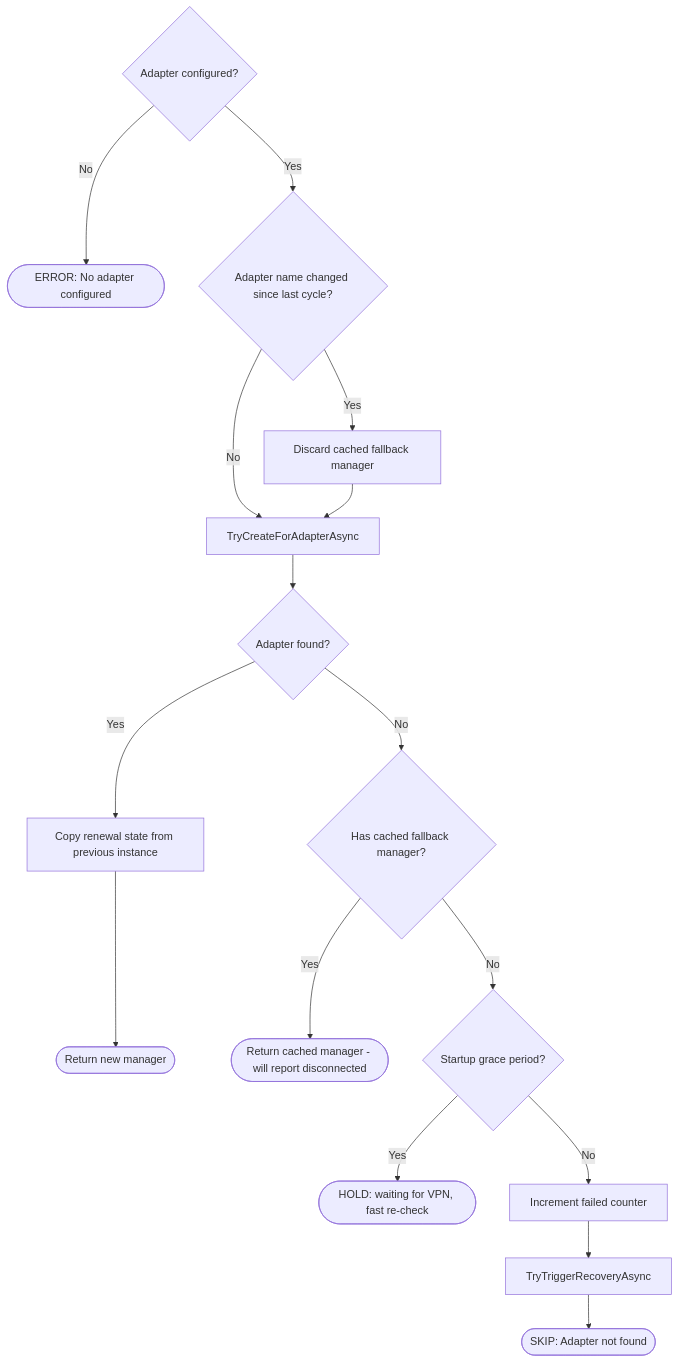
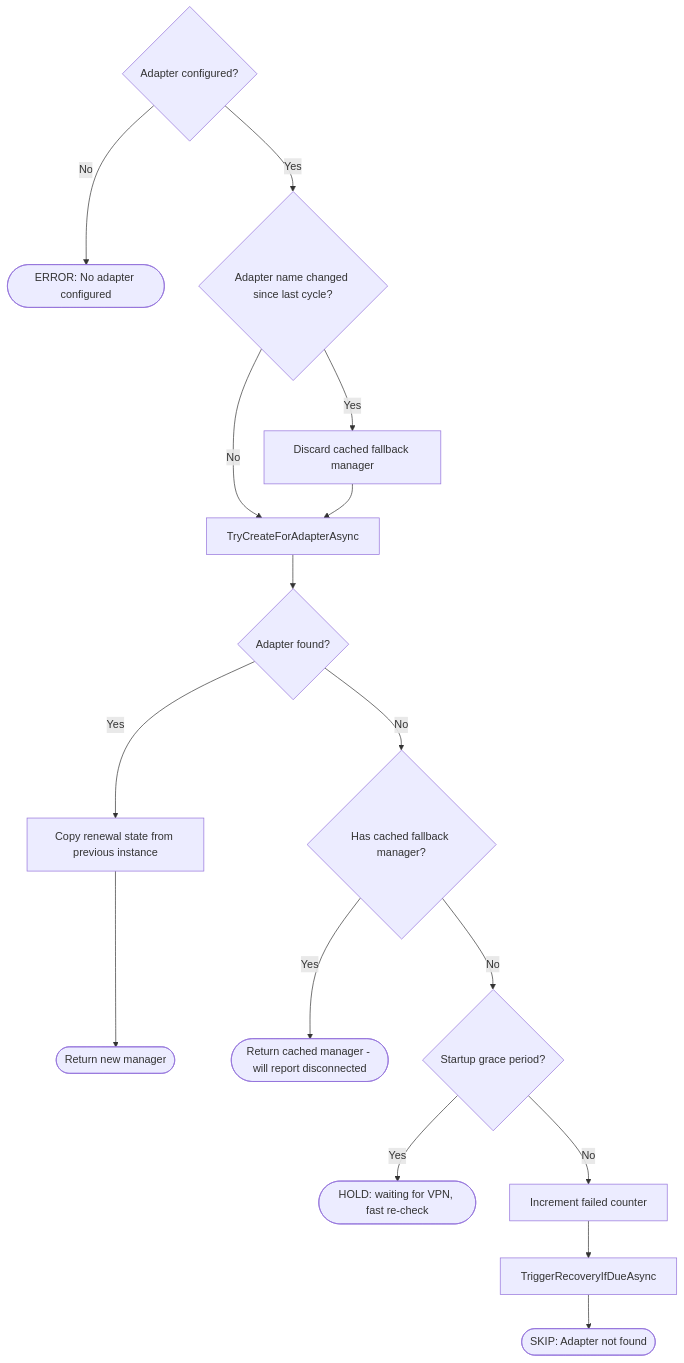
The second of 2 diagrams in docs/SYNC-CYCLE.md (martsg666/qbPortWeaver), drawn with Mermaid before and after one commit. The commit also changed other lines of this file and 9 other files, not shown here.

````diff
--- a/docs/SYNC-CYCLE.md
+++ b/docs/SYNC-CYCLE.md
@@ -90,18 +90,18 @@
 ```mermaid
 flowchart TD
     A{Adapter configured?} -- No --> ERR([ERROR: No adapter configured])
     A -- Yes --> B{Adapter name changed since last cycle?}
     B -- Yes --> DISCARD[Discard cached fallback manager]
     B -- No --> C
     DISCARD --> C[TryCreateForAdapterAsync]
     C --> D{Adapter found?}
     D -- Yes --> COPY[Copy renewal state from previous instance]
     COPY --> RETURN([Return new manager])
     D -- No --> E{Has cached fallback manager?}
     E -- Yes --> FALLBACK([Return cached manager - will report disconnected])
     E -- No --> GRACE{Startup grace period?}
     GRACE -- Yes --> HOLD([HOLD: waiting for VPN, fast re-check])
     GRACE -- No --> F[Increment failed counter]
-    F --> G[TryTriggerRecoveryAsync]
+    F --> G[TriggerRecoveryIfDueAsync]
     G --> SKIP_STATUS([SKIP: Adapter not found])
 ```
````
